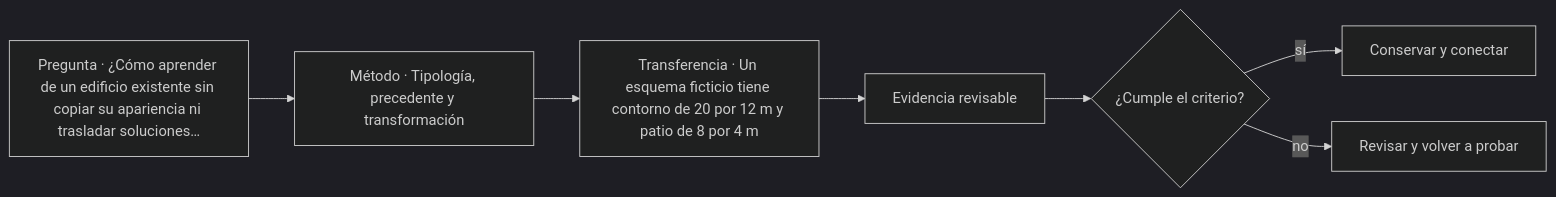
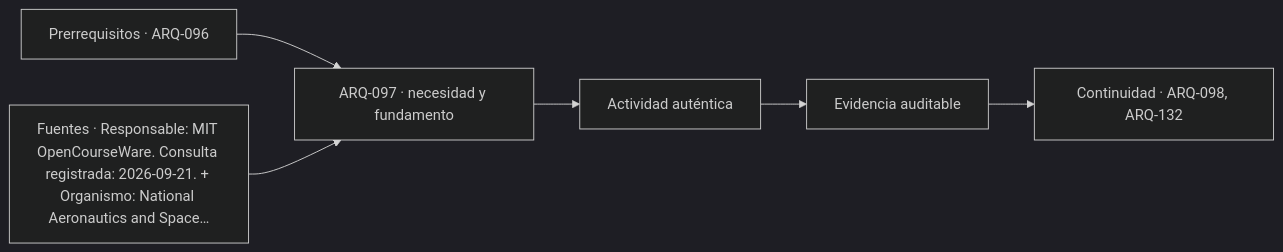
The diagram in classes/parte-10/ARQ-097.md (vladimiracunadev-create/architecture-built-environment-learning-program), drawn with Mermaid (dark theme) before and after one commit. The commit also changed other lines of this file and 761 other files, not shown here.

````diff
--- a/classes/parte-10/ARQ-097.md
+++ b/classes/parte-10/ARQ-097.md
@@ -102,9 +114,8 @@
 ```mermaid
 flowchart LR
-    Q["Pregunta · ¿Cómo aprender de un edificio existente sin copiar su apariencia ni trasladar soluciones…"] --> M["Método · Tipología, precedente y transformación"]
-    M --> P["Transferencia · Un esquema ficticio tiene contorno de 20 por 12 m y patio de 8 por 4 m"]
-    P --> E["Evidencia revisable"]
-    E --> C{"¿Cumple el criterio?"}
-    C -->|sí| T["Conservar y conectar"]
-    C -->|no| R["Revisar y volver a probar"]
+    A["Prerrequisitos · ARQ-096"] --> B["ARQ-097 · necesidad y fundamento"]
+    S["Fuentes · Responsable: MIT OpenCourseWare. Consulta registrada: 2026-09-21. + Organismo: National Aeronautics and Space…"] --> B
+    B --> C["Actividad auténtica"]
+    C --> D["Evidencia auditable"]
+    D --> E["Continuidad · ARQ-098, ARQ-132"]
 ```
````
